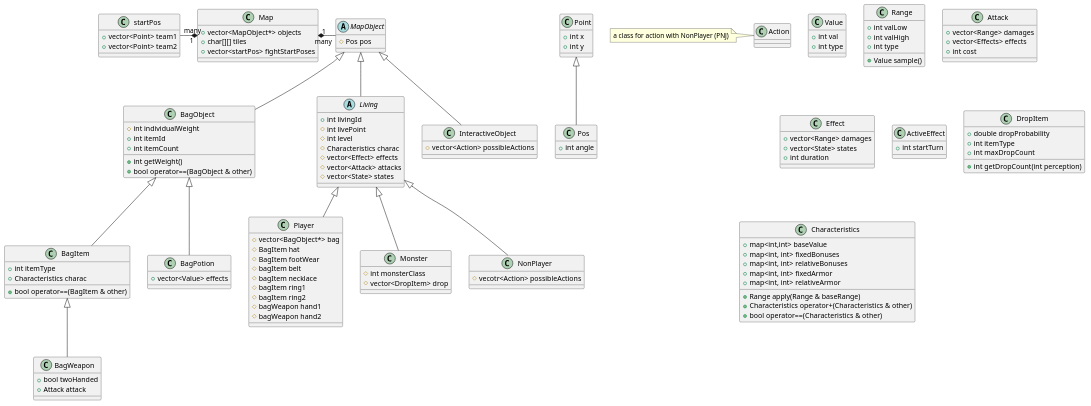
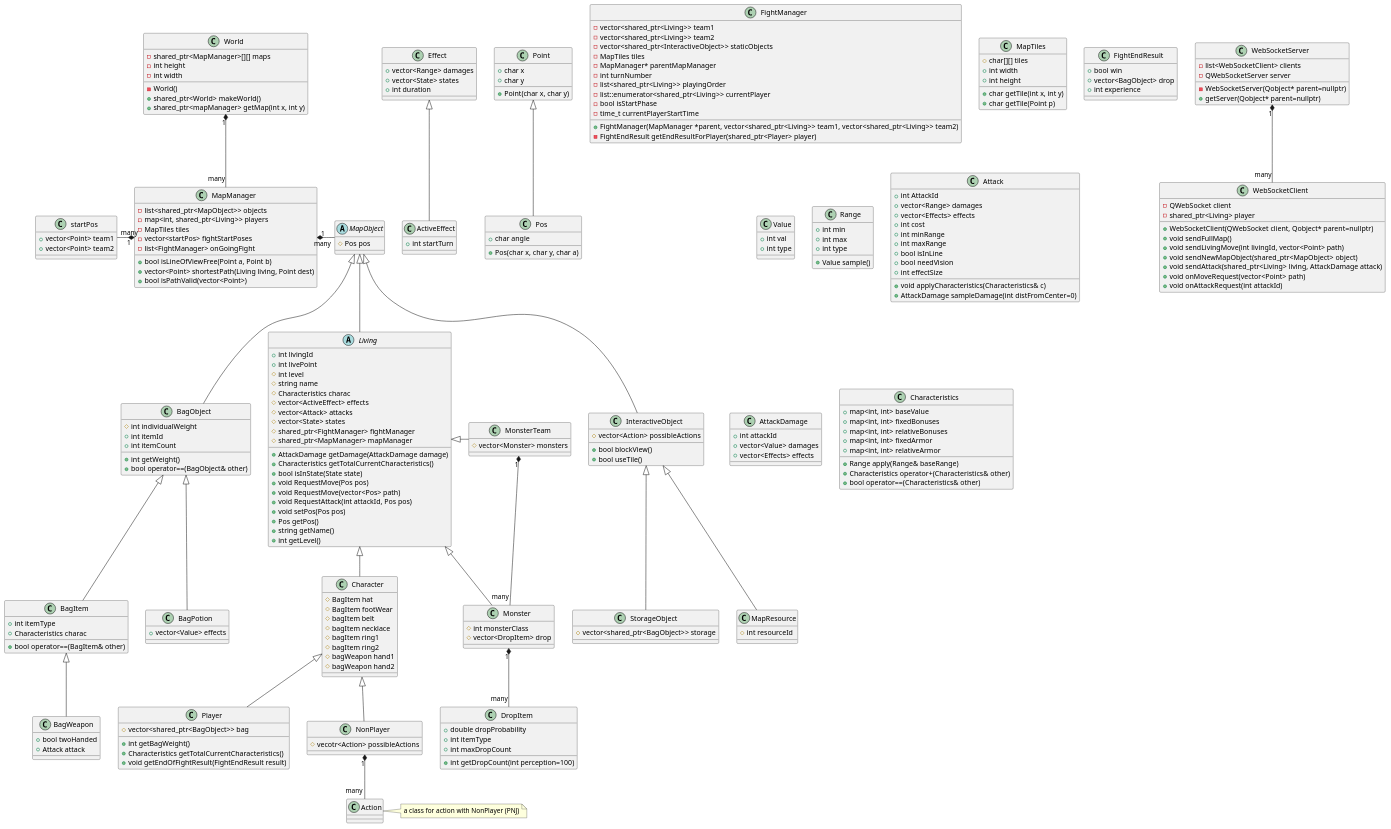
Before and after one commit to anliec/mosp2: the diagram in uml/class.puml, drawn with PlantUML.

Commit message:
iteration on UML

```diff
--- a/uml/class.puml
+++ b/uml/class.puml
@@ -1,9 +1,61 @@
 @startuml
 
-class Map{
-    + vector<MapObject*> objects
-    + char[][] tiles
-    + vector<startPos> fightStartPoses
+class World{
+    - shared_ptr<MapManager>[][] maps
+    - int height
+    - int width
+
+    - World()
+    + shared_ptr<World> makeWorld()
+    + shared_ptr<mapManager> getMap(int x, int y)
+}
+
+class MapManager{
+    - list<shared_ptr<MapObject>> objects
+    - map<int, shared_ptr<Living>> players
+    - MapTiles tiles
+    - vector<startPos> fightStartPoses
+    - list<FightManager> onGoingFight
+
+    + bool isLineOfViewFree(Point a, Point b)
+    + vector<Point> shortestPath(Living living, Point dest)
+    + bool isPathValid(vector<Point>)
+}
+
+World "1" *-- "many" MapManager
+
+class FightManager
+{
+    - vector<shared_ptr<Living>> team1
+    - vector<shared_ptr<Living>> team2
+    - vector<shared_ptr<InteractiveObject>> staticObjects
+    - MapTiles tiles
+    - MapManager* parentMapManager
+    - int turnNumber
+    - list<shared_ptr<Living>> playingOrder
+    - list::enumerator<shared_ptr<Living>> currentPlayer
+    - bool isStartPhase
+    - time_t currentPlayerStartTime
+
+    + FightManager(MapManager *parent, vector<shared_ptr<Living>> team1, vector<shared_ptr<Living>> team2)
+    - FightEndResult getEndResultForPlayer(shared_ptr<Player> player)
+}
+
+class MapTiles
+{
+    # char[][] tiles
+    + int width
+    + int height
+
+    + char getTile(int x, int y)
+    + char getTile(Point p)
+}
+
+class FightEndResult
+{
+    + bool win
+    + vector<BagObject> drop
+    + int experience
 }
 
 class startPos
@@ -13,12 +65,16 @@
 }
 
 class Point{
-    + int x
-    + int y
+    + char x
+    + char y
+
+    + Point(char x, char y)
 }
 
 class Pos{
-    + int angle
+    + char angle
+
+    + Pos(char x, char y, char a)
 }
 
 Pos -up-|> Point
@@ -31,8 +87,8 @@
 
 class Range
 {
-    +int valLow
-    +int valHigh
+    +int min
+    +int max
     +int type
     +Value sample()
 }
@@ -42,13 +98,13 @@
     + int itemId
     + int itemCount
     + int getWeight()
-    + bool operator==(BagObject & other)
+    + bool operator==(BagObject& other)
 }
 
 class BagItem {
     + int itemType
     + Characteristics charac
-    + bool operator==(BagItem & other)
+    + bool operator==(BagItem& other)
 }
 
 class BagWeapon
@@ -59,9 +115,25 @@
 
 class Attack
 {
+    + int AttackId
     + vector<Range> damages
     + vector<Effects> effects
     + int cost
+    + int minRange
+    + int maxRange
+    + bool isInLine
+    + bool needVision
+    + int effectSize
+
+    + void applyCharacteristics(Characteristics& c)
+    + AttackDamage sampleDamage(int distFromCenter=0)
+}
+
+class AttackDamage
+{
+    + int attackId
+    + vector<Value> damages
+    + vector<Effects> effects
 }
 
 class Effect
@@ -76,6 +148,8 @@
     + int startTurn
 }
 
+ActiveEffect -up-|> Effect
+
 class BagPotion
 {
     + vector<Value> effects
@@ -88,21 +162,47 @@
 class InteractiveObject
 {
     # vector<Action> possibleActions
+
+    + bool blockView()
+    + bool useTile()
+}
+
+class StorageObject
+{
+    # vector<shared_ptr<BagObject>> storage
+}
+
+class MapResource
+{
+    # int resourceId
 }
 
 abstract class Living{
     + int livingId
-    # int livePoint
+    + int livePoint
     # int level
+    # string name
     # Characteristics charac
-    # vector<Effect> effects
+    # vector<ActiveEffect> effects
     # vector<Attack> attacks
     # vector<State> states
+    # shared_ptr<FightManager> fightManager
+    # shared_ptr<MapManager> mapManager
+
+    + AttackDamage getDamage(AttackDamage damage)
+    + Characteristics getTotalCurrentCharacteristics()
+    + bool isInState(State state)
+    + void RequestMove(Pos pos)
+    + void RequestMove(vector<Pos> path)
+    + void RequestAttack(int attackId, Pos pos)
+    + void setPos(Pos pos)
+    + Pos getPos()
+    + string getName()
+    + int getLevel()
 }
 
-class Player
+class Character
 {
-    #vector<BagObject*> bag
     #BagItem hat
     #BagItem footWear
     #bagItem belt
@@ -111,6 +211,20 @@
     #bagItem ring2
     #bagWeapon hand1
     #bagWeapon hand2
+}
+
+class Player
+{
+    # vector<shared_ptr<BagObject>> bag
+
+    + int getBagWeight()
+    + Characteristics getTotalCurrentCharacteristics()
+    + void getEndOfFightResult(FightEndResult result)
+}
+
+class MonsterTeam
+{
+    #vector<Monster> monsters
 }
 
 class Monster
@@ -129,41 +243,78 @@
     +double dropProbability
     +int itemType
     +int maxDropCount
-    +int getDropCount(int perception)
-}
-
-class Characteristics
-{
-    +map<int,int> baseValue
-    +map<int, int> fixedBonuses
-    +map<int, int> relativeBonuses
-    +map<int, int> fixedArmor
-    +map<int, int> relativeArmor
-
-    +Range apply(Range & baseRange)
-    +Characteristics operator+(Characteristics & other)
-    +bool operator==(Characteristics & other)
+    +int getDropCount(int perception=100)
 }
 
 class Action
 {
 
 }
-note left: a class for action with NonPlayer (PNJ)
-
-Map "1" *--right-- "many" MapObject
-Map "1" *--left-- "many" startPos
+note right: a class for action with NonPlayer (PNJ)
 
 InteractiveObject -up-|> MapObject
+MapResource -up-|> InteractiveObject
+StorageObject -up-|> InteractiveObject
 
 Living -up-|> MapObject
-Player -up-|> Living
+Character -up-|> Living
 Monster -up-|> Living
-NonPlayer -up-|> Living
+MonsterTeam -up|> Living
+Player -up-|> Character
+NonPlayer -up-|> Character
+
+MonsterTeam "1" *-- "many" Monster
 
 BagObject -up-|> MapObject
 BagItem -up-|> BagObject
 BagPotion -up-|> BagObject
 BagWeapon -up-|> BagItem
 
+
+MapManager "1" *--right-- "many" MapObject
+MapManager "1" *--left-- "many" startPos
+
+NonPlayer "1" *-- "many" Action
+Monster "1" *-- "many" DropItem
+
+class Characteristics
+{
+    +map<int, int> baseValue
+    +map<int, int> fixedBonuses
+    +map<int, int> relativeBonuses
+    +map<int, int> fixedArmor
+    +map<int, int> relativeArmor
+
+    +Range apply(Range& baseRange)
+    +Characteristics operator+(Characteristics& other)
+    +bool operator==(Characteristics& other)
+}
+
+' Server classes
+
+class WebSocketServer
+{
+    -list<WebSocketClient> clients
+    -QWebSocketServer server
+
+    -WebSocketServer(Qobject* parent=nullptr)
+    +getServer(Qobject* parent=nullptr)
+}
+
+class WebSocketClient
+{
+    -QWebSocket client
+    -shared_ptr<Living> player
+
+    +WebSocketClient(QWebSocket client, Qobject* parent=nullptr)
+    +void sendFullMap()
+    +void sendLivingMove(int livingId, vector<Point> path)
+    +void sendNewMapObject(shared_ptr<MapObject> object)
+    +void sendAttack(shared_ptr<Living> living, AttackDamage attack)
+    +void onMoveRequest(vector<Point> path)
+    +void onAttackRequest(int attackId)
+}
+
+WebSocketServer "1" *-- "many" WebSocketClient
+
 @enduml
```
